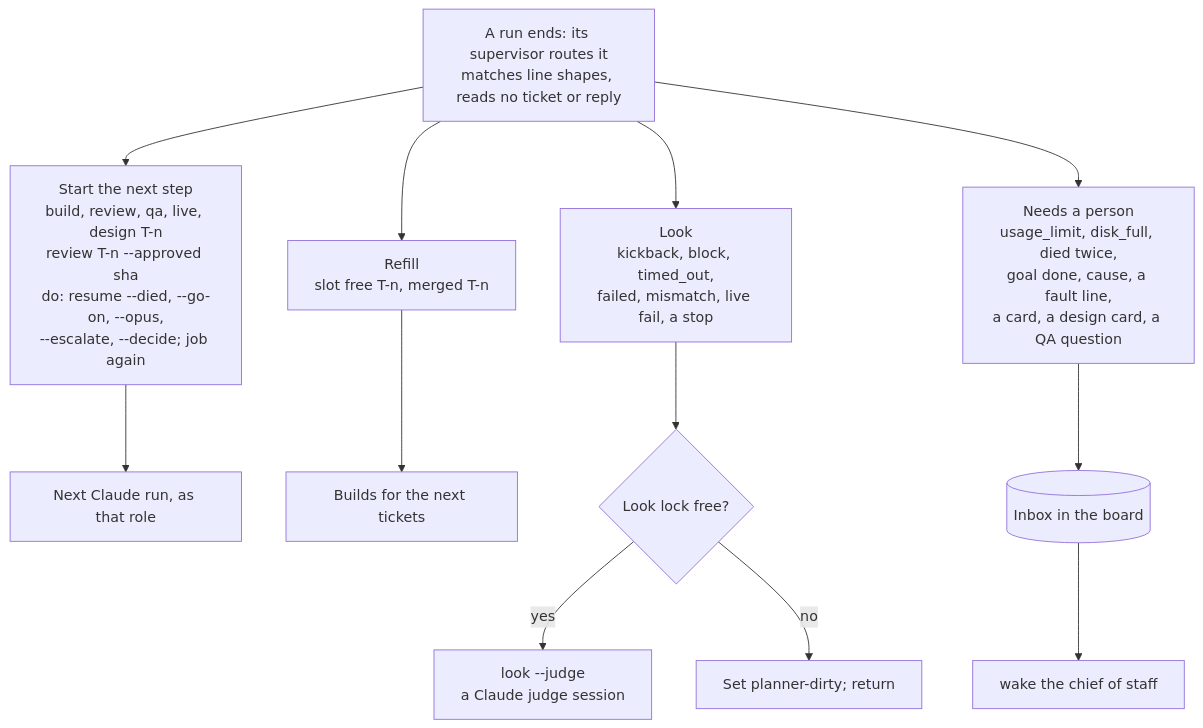
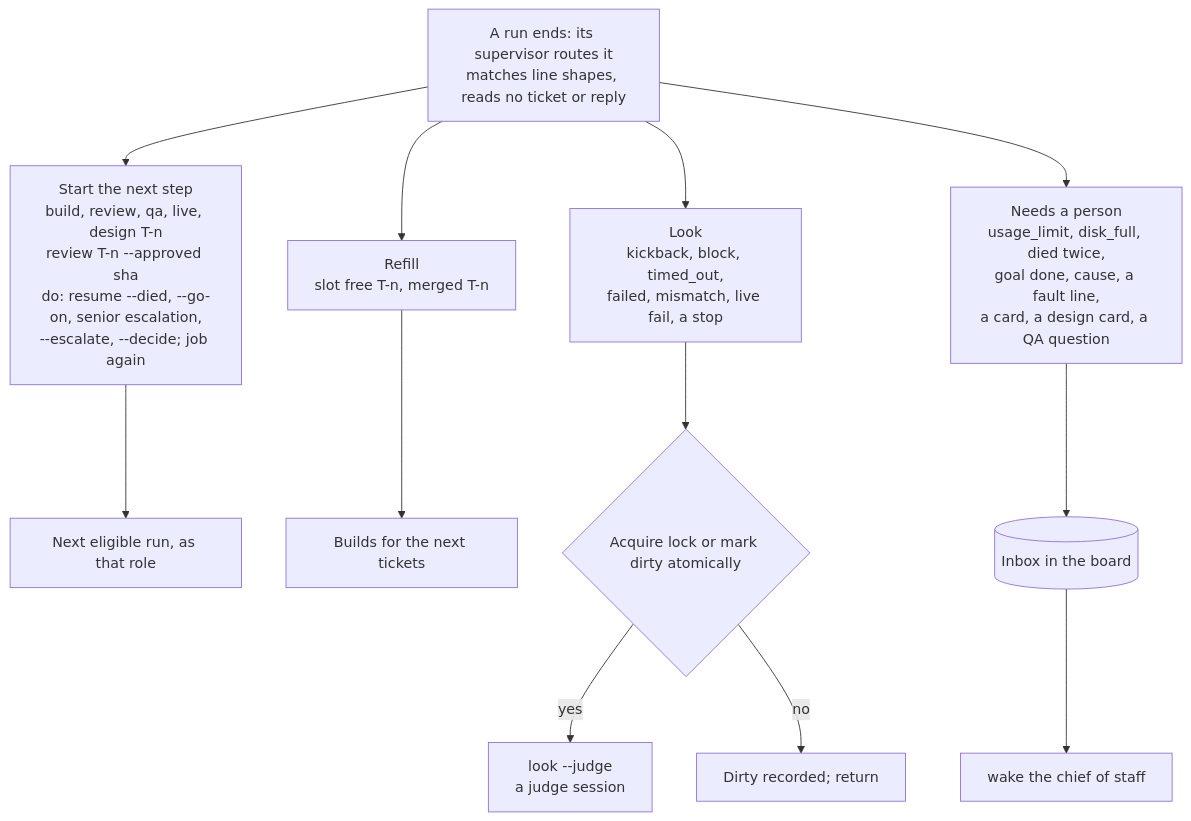
Before and after one commit to ProlesDei/maestro: the second of 7 diagrams in docs/design/t3-runtime.md, drawn with Mermaid. The commit also changed other lines of this file, not shown here.

Commit message:
Plan role-based routing across Claude Max and ChatGPT Pro

````diff
--- a/docs/design/t3-runtime.md
+++ b/docs/design/t3-runtime.md
@@ -85,15 +85,15 @@
 ```mermaid
 flowchart TD
   END["A run ends: its supervisor routes it<br/>matches line shapes, reads no ticket or reply"]
-  END --> A["Start the next step<br/>build, review, qa, live, design T-n<br/>review T-n --approved sha<br/>do: resume --died, --go-on, --opus,<br/>--escalate, --decide; job again"]
+  END --> A["Start the next step<br/>build, review, qa, live, design T-n<br/>review T-n --approved sha<br/>do: resume --died, --go-on, senior escalation,<br/>--escalate, --decide; job again"]
   END --> B["Refill<br/>slot free T-n, merged T-n"]
   END --> C["Look<br/>kickback, block, timed_out,<br/>failed, mismatch, live fail, a stop"]
   END --> D["Needs a person<br/>usage_limit, disk_full, died twice,<br/>goal done, cause, a fault line,<br/>a card, a design card, a QA question"]
-  A --> RUN["Next Claude run, as that role"]
+  A --> RUN["Next eligible run, as that role"]
   B --> FILL["Builds for the next tickets"]
-  C --> LOCK{"Look lock free?"}
-  LOCK -- yes --> JUDGE["look --judge<br/>a Claude judge session"]
-  LOCK -- no --> DIRTY["Set planner-dirty; return"]
+  C --> LOCK{"Acquire lock or mark dirty atomically"}
+  LOCK -- yes --> JUDGE["look --judge<br/>a judge session"]
+  LOCK -- no --> DIRTY["Dirty recorded; return"]
   D --> INBOX[("Inbox in the board")]
   INBOX --> WAKE["wake the chief of staff"]
 ```
````
